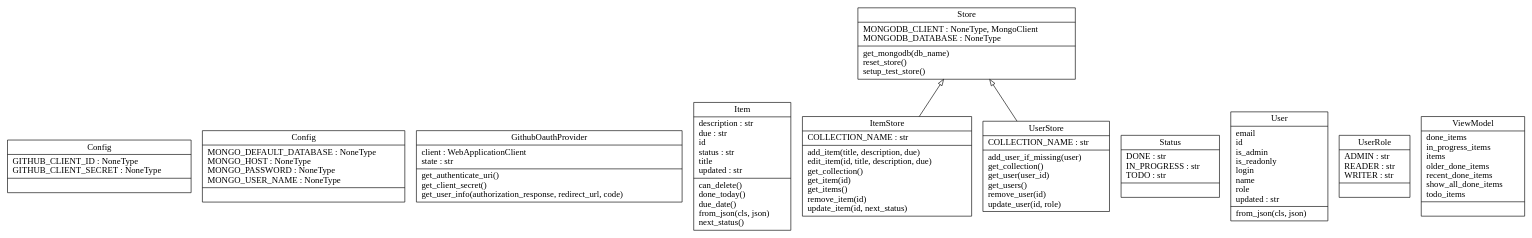
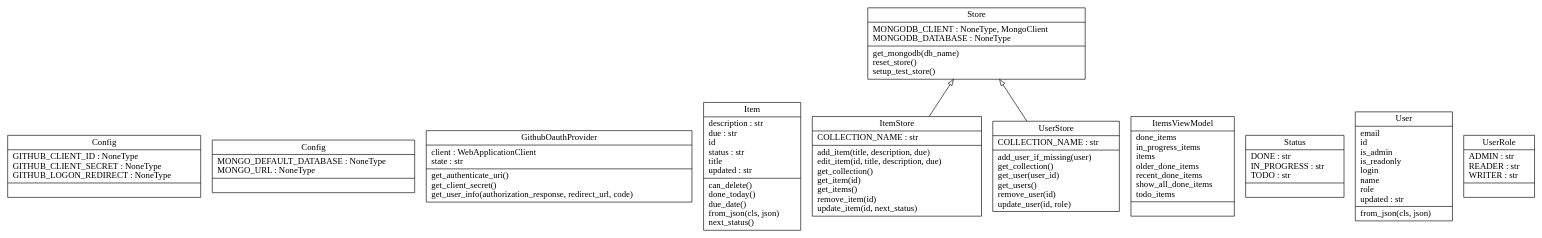
The diagram in docs/classes_ToDoApp.dot (pcoulso1/DevOps-Course-Starter), drawn with Graphviz before and after one commit. The commit also changed 5 other files, not shown here.

```diff
--- a/docs/classes_ToDoApp.dot
+++ b/docs/classes_ToDoApp.dot
@@ -1,17 +1,17 @@
 digraph "classes_ToDoApp" {
 charset="utf-8"
 rankdir=BT
-"0" [label="{Config|GITHUB_CLIENT_ID : NoneType\lGITHUB_CLIENT_SECRET : NoneType\l|}", shape="record"];
-"1" [label="{Config|MONGO_DEFAULT_DATABASE : NoneType\lMONGO_HOST : NoneType\lMONGO_PASSWORD : NoneType\lMONGO_USER_NAME : NoneType\l|}", shape="record"];
+"0" [label="{Config|GITHUB_CLIENT_ID : NoneType\lGITHUB_CLIENT_SECRET : NoneType\lGITHUB_LOGON_REDIRECT : NoneType\l|}", shape="record"];
+"1" [label="{Config|MONGO_DEFAULT_DATABASE : NoneType\lMONGO_URL : NoneType\l|}", shape="record"];
 "2" [label="{GithubOauthProvider|client : WebApplicationClient\lstate : str\l|get_authenticate_uri()\lget_client_secret()\lget_user_info(authorization_response, redirect_url, code)\l}", shape="record"];
 "3" [label="{Item|description : str\ldue : str\lid\lstatus : str\ltitle\lupdated : str\l|can_delete()\ldone_today()\ldue_date()\lfrom_json(cls, json)\lnext_status()\l}", shape="record"];
 "4" [label="{ItemStore|COLLECTION_NAME : str\l|add_item(title, description, due)\ledit_item(id, title, description, due)\lget_collection()\lget_item(id)\lget_items()\lremove_item(id)\lupdate_item(id, next_status)\l}", shape="record"];
-"5" [label="{Status|DONE : str\lIN_PROGRESS : str\lTODO : str\l|}", shape="record"];
-"6" [label="{Store|MONGODB_CLIENT : NoneType, MongoClient\lMONGODB_DATABASE : NoneType\l|get_mongodb(db_name)\lreset_store()\lsetup_test_store()\l}", shape="record"];
-"7" [label="{User|email\lid\lis_admin\lis_readonly\llogin\lname\lrole\lupdated : str\l|from_json(cls, json)\l}", shape="record"];
-"8" [label="{UserRole|ADMIN : str\lREADER : str\lWRITER : str\l|}", shape="record"];
-"9" [label="{UserStore|COLLECTION_NAME : str\l|add_user_if_missing(user)\lget_collection()\lget_user(user_id)\lget_users()\lremove_user(id)\lupdate_user(id, role)\l}", shape="record"];
-"10" [label="{ViewModel|done_items\lin_progress_items\litems\lolder_done_items\lrecent_done_items\lshow_all_done_items\ltodo_items\l|}", shape="record"];
-"4" -> "6" [arrowhead="empty", arrowtail="none"];
-"9" -> "6" [arrowhead="empty", arrowtail="none"];
+"5" [label="{ItemsViewModel|done_items\lin_progress_items\litems\lolder_done_items\lrecent_done_items\lshow_all_done_items\ltodo_items\l|}", shape="record"];
+"6" [label="{Status|DONE : str\lIN_PROGRESS : str\lTODO : str\l|}", shape="record"];
+"7" [label="{Store|MONGODB_CLIENT : NoneType, MongoClient\lMONGODB_DATABASE : NoneType\l|get_mongodb(db_name)\lreset_store()\lsetup_test_store()\l}", shape="record"];
+"8" [label="{User|email\lid\lis_admin\lis_readonly\llogin\lname\lrole\lupdated : str\l|from_json(cls, json)\l}", shape="record"];
+"9" [label="{UserRole|ADMIN : str\lREADER : str\lWRITER : str\l|}", shape="record"];
+"10" [label="{UserStore|COLLECTION_NAME : str\l|add_user_if_missing(user)\lget_collection()\lget_user(user_id)\lget_users()\lremove_user(id)\lupdate_user(id, role)\l}", shape="record"];
+"4" -> "7" [arrowhead="empty", arrowtail="none"];
+"10" -> "7" [arrowhead="empty", arrowtail="none"];
 }
```
